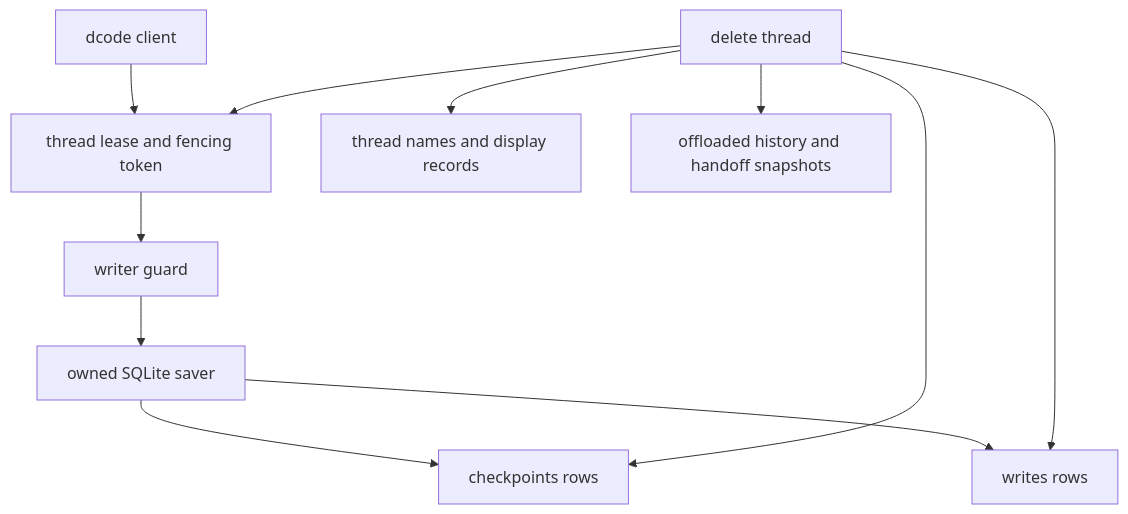
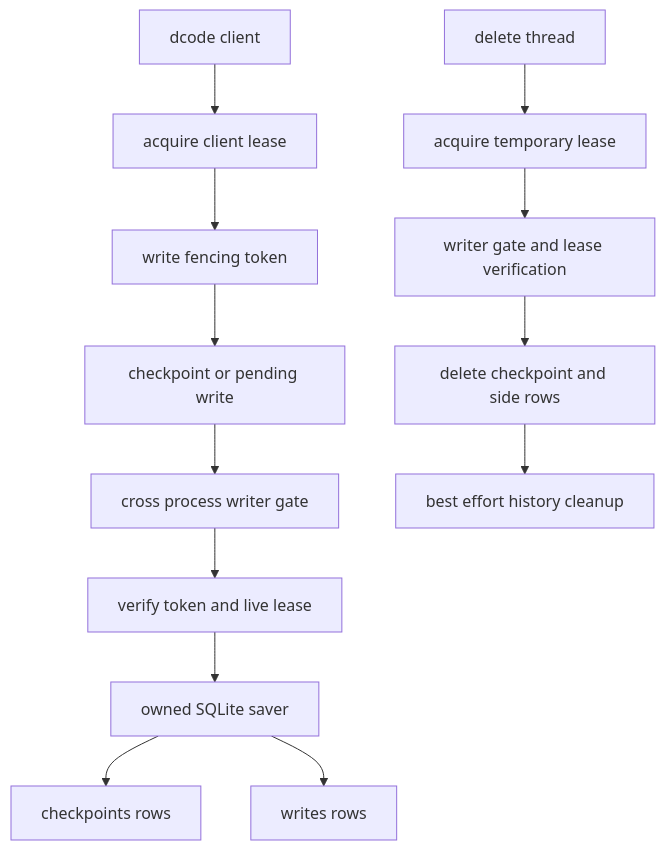
One commit to langchain-ai/deepagents changed the diagram in openwiki/concepts/state-persistence.md. Above: the diagram before and after it, drawn with Mermaid. The commit also changed other lines of this file and 33 other files, not shown here.

````diff
--- a/openwiki/concepts/state-persistence.md
+++ b/openwiki/concepts/state-persistence.md
@@ -59,13 +65,15 @@
 ```mermaid
 flowchart TD
-    Client["dcode client"] --> Lease["thread lease and fencing token"]
-    Lease --> Guard["writer guard"]
-    Guard --> Saver["owned SQLite saver"]
+    Client["dcode client"] --> Acquire["acquire client lease"]
+    Acquire --> Token["write fencing token"]
+    Token --> Mutation["checkpoint or pending write"]
+    Mutation --> Gate["cross process writer gate"]
+    Gate --> Verify["verify token and live lease"]
+    Verify --> Saver["owned SQLite saver"]
     Saver --> Checkpoints["checkpoints rows"]
     Saver --> Writes["writes rows"]
-    Delete["delete thread"] --> Lease
-    Delete --> Checkpoints
-    Delete --> Writes
-    Delete --> Names["thread names and display records"]
-    Delete --> History["offloaded history and handoff snapshots"]
+    Delete["delete thread"] --> AcquireDelete["acquire temporary lease"]
+    AcquireDelete --> DeleteGate["writer gate and lease verification"]
+    DeleteGate --> DeleteRows["delete checkpoint and side rows"]
+    DeleteRows --> Cleanup["best effort history cleanup"]
 ```
````
